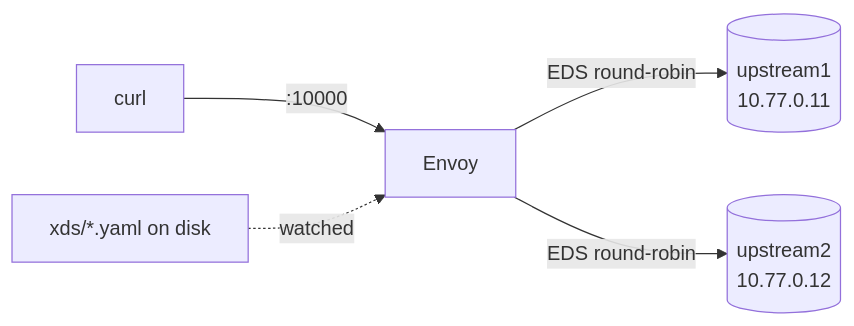
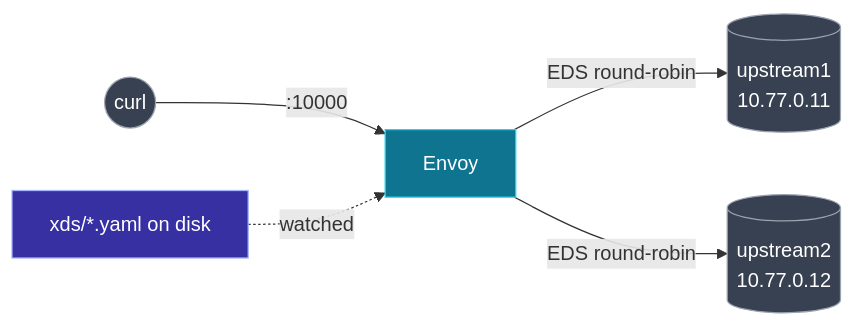
The diagram in labs/01-filesystem-xds/README.md (0-draft/envoy-xds-deep-dive), drawn with Mermaid before and after one commit. The commit also changed 27 other files, not shown here.

First line of the commit message:
docs: semantic color, distinct shapes, and a11y metadata for all mermaid diagrams

````diff
--- a/labs/01-filesystem-xds/README.md
+++ b/labs/01-filesystem-xds/README.md
@@ -27,7 +27,15 @@
 ```mermaid
 flowchart LR
-    you[curl] -- ":10000" --> envoy[Envoy]
+    accTitle: Lab 01 topology
+    accDescr: curl sends to Envoy on port 10000. Envoy round-robins via EDS across upstream1 and upstream2. The xDS files on disk act as the control plane and are watched by Envoy.
+    you((curl)) -- ":10000" --> envoy[Envoy]
     envoy -- EDS round-robin --> u1[(upstream1<br/>10.77.0.11)]
     envoy -- EDS round-robin --> u2[(upstream2<br/>10.77.0.12)]
     files[xds/*.yaml on disk] -. watched .-> envoy
+    class envoy envoy
+    class files cp
+    class you,u1,u2 ext
+    classDef envoy fill:#0e7490,stroke:#22d3ee,color:#fff
+    classDef cp fill:#3730a3,stroke:#a5b4fc,color:#fff
+    classDef ext fill:#374151,stroke:#9ca3af,color:#fff
 ```
````
